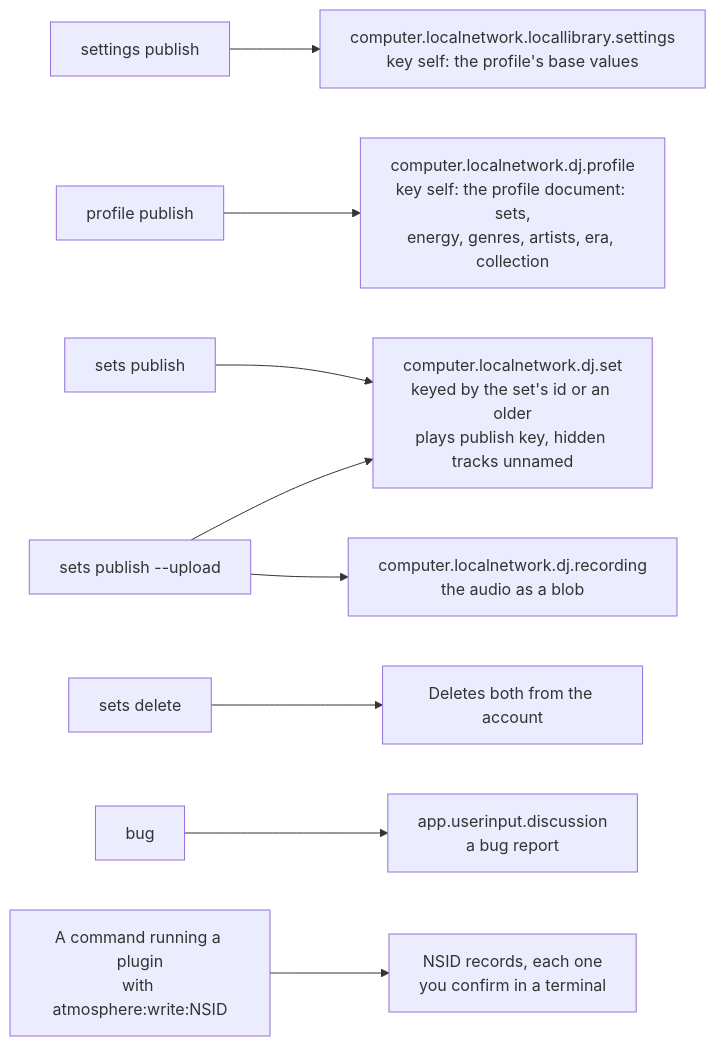
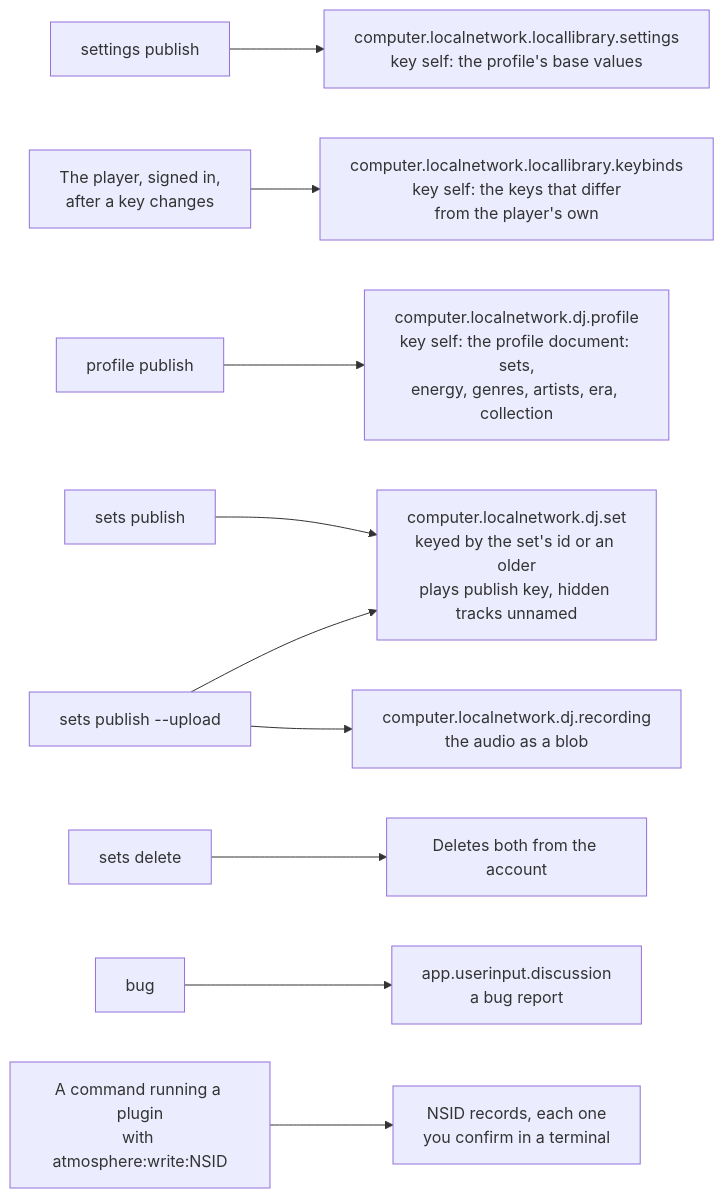
Before and after one commit to cutenode/localnetwork: the second of 8 diagrams in apps/locallibrary/docs/diagrams/publishing-and-services.md, drawn with Mermaid. The commit also changed other lines of this file and 1 other file, not shown here.

First line of the commit message:
docs(locallibrary): the player's keybinds record and file in the diagrams

````diff
--- a/apps/locallibrary/docs/diagrams/publishing-and-services.md
+++ b/apps/locallibrary/docs/diagrams/publishing-and-services.md
@@ -46,11 +46,12 @@
 ```mermaid
 flowchart LR
     settings["settings publish"] --> settingsrec["computer.localnetwork.locallibrary.settings<br/>key self: the profile's base values"]
+    keys["The player, signed in,<br/>after a key changes"] --> keysrec["computer.localnetwork.locallibrary.keybinds<br/>key self: the keys that differ<br/>from the player's own"]
     profile["profile publish"] --> profilerec["computer.localnetwork.dj.profile<br/>key self: the profile document: sets,<br/>energy, genres, artists, era, collection"]
     sets["sets publish"] --> setrec["computer.localnetwork.dj.set<br/>keyed by the set's id or an older<br/>plays publish key, hidden tracks unnamed"]
     upload["sets publish --upload"] --> recording["computer.localnetwork.dj.recording<br/>the audio as a blob"]
     upload --> setrec
     delete["sets delete"] --> gone["Deletes both from the account"]
     bug["bug"] --> discussion["app.userinput.discussion<br/>a bug report"]
     plugin["A command running a plugin<br/>with atmosphere:write:NSID"] --> pluginrec["NSID records, each one<br/>you confirm in a terminal"]
 ```
````
